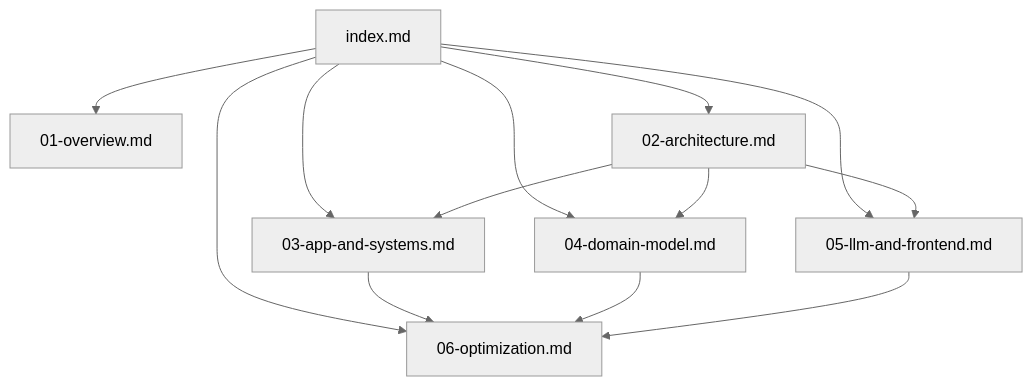
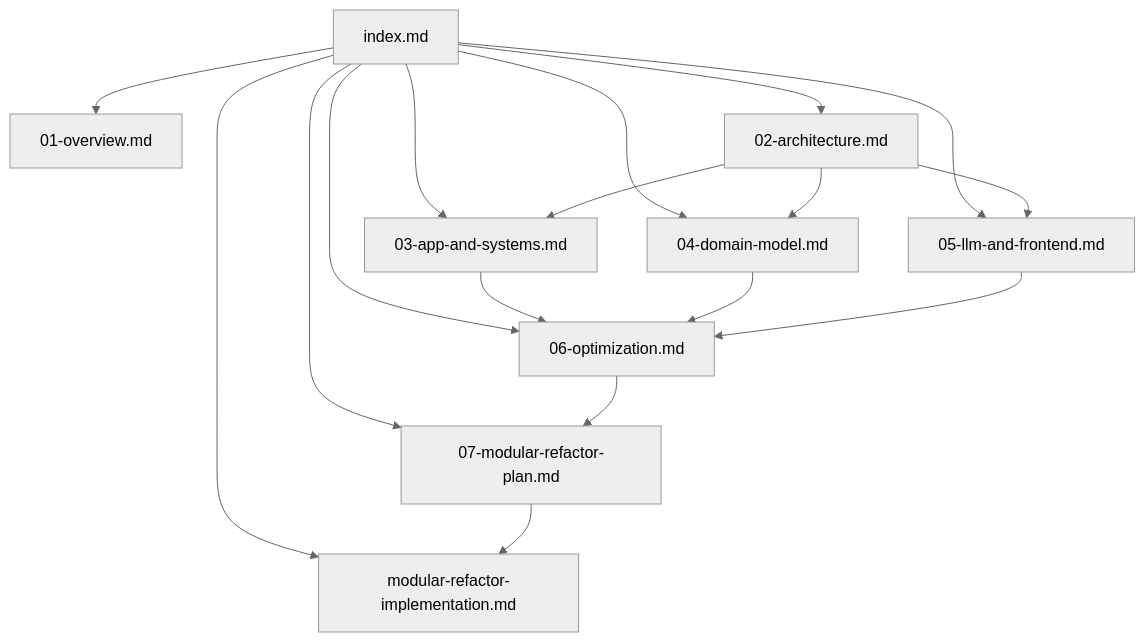
The first of 2 diagrams in docs/wiki/index.md (diaters/AH), drawn with Mermaid (neutral theme) before and after one commit. The commit also changed other lines of this file and 2 other files, not shown here.

Commit message:
docs: add modular refactor implementation plan
- Add detailed implementation plan for modular architecture refactor
- Include phase breakdown (P0-P3) with specific tasks
- Add type migration mapping table
- Define trait contracts for Planning/Memory/Tool/Execution
- Document WorkItem concept for Brain/Summary redesign

````diff
--- a/docs/wiki/index.md
+++ b/docs/wiki/index.md
@@ -25,16 +27,20 @@
 ```mermaid
 flowchart TD
     A[index.md] --> B[01-overview.md]
     A --> C[02-architecture.md]
     A --> D[03-app-and-systems.md]
     A --> E[04-domain-model.md]
     A --> F[05-llm-and-frontend.md]
     A --> G[06-optimization.md]
+    A --> H[07-modular-refactor-plan.md]
+    A --> I[modular-refactor-implementation.md]
 
     C --> D
     C --> E
     C --> F
     D --> G
     E --> G
     F --> G
+    G --> H
+    H --> I
 ```
````
